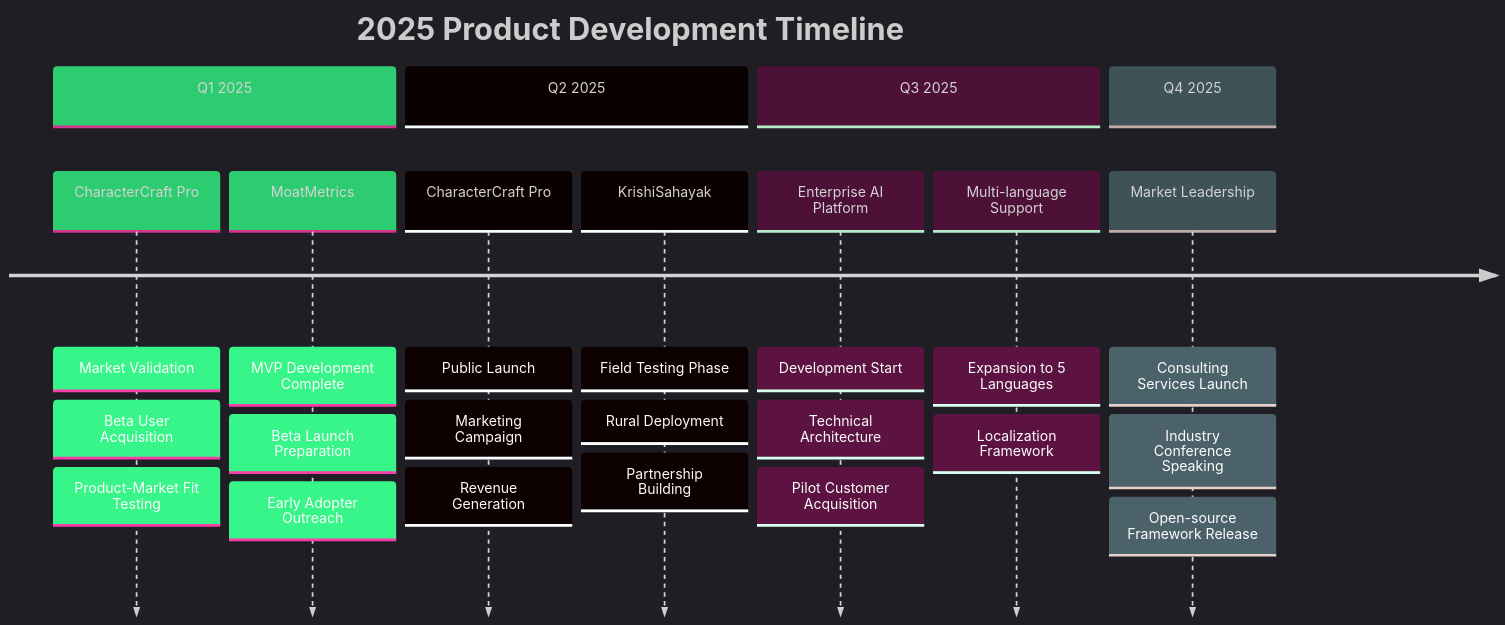
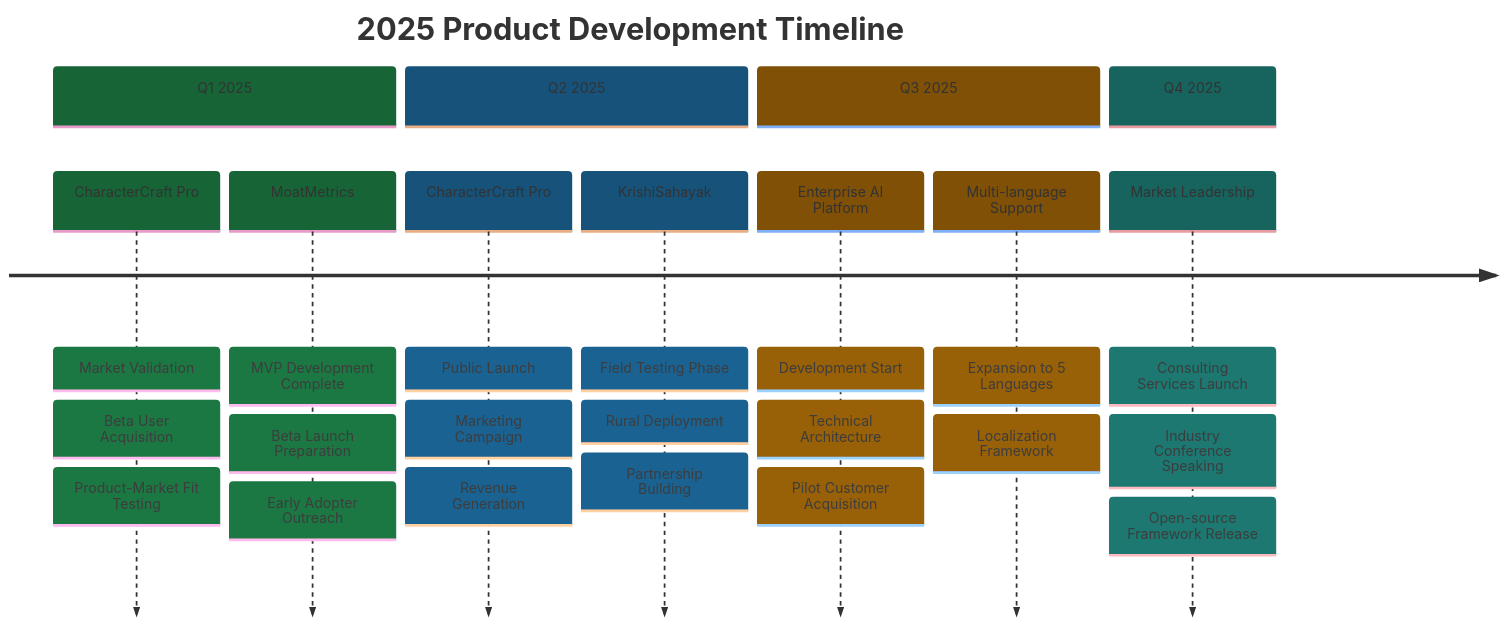
One commit to VIKAS9793/VIKAS9793 changed diagram 11 of 11 in README.md. Above: the diagram before and after it, drawn with Mermaid. The commit also changed other lines of this file, not shown here.

````diff
--- a/README.md
+++ b/README.md
@@ -703,29 +739,29 @@
 ```mermaid
-%%{init: {'theme':'dark', 'themeVariables': {'primaryColor':'#2ecc71','secondaryColor':'#3498db','tertiaryColor':'#f39c12'}}}%%
+%%{init: {'theme':'base', 'themeVariables': {'primaryColor':'#2ecc71','secondaryColor':'#3498db','tertiaryColor':'#f39c12'}}}%%
 timeline
     title 2025 Product Development Timeline
     section Q1 2025
         CharacterCraft Pro : Market Validation
                            : Beta User Acquisition
                            : Product-Market Fit Testing
         MoatMetrics : MVP Development Complete
                     : Beta Launch Preparation
                     : Early Adopter Outreach
     section Q2 2025
         CharacterCraft Pro : Public Launch
                            : Marketing Campaign
                            : Revenue Generation
         KrishiSahayak : Field Testing Phase
                       : Rural Deployment
                       : Partnership Building
     section Q3 2025
         Enterprise AI Platform : Development Start
                                : Technical Architecture
                                : Pilot Customer Acquisition
         Multi-language Support : Expansion to 5 Languages
                                : Localization Framework
     section Q4 2025
         Market Leadership : Consulting Services Launch
                           : Industry Conference Speaking
                           : Open-source Framework Release
 ```
````
